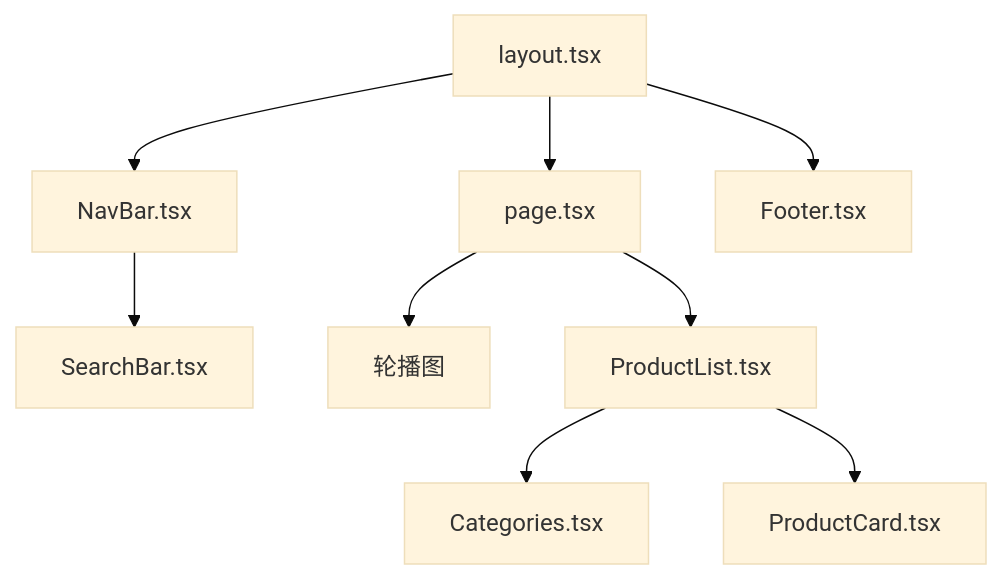
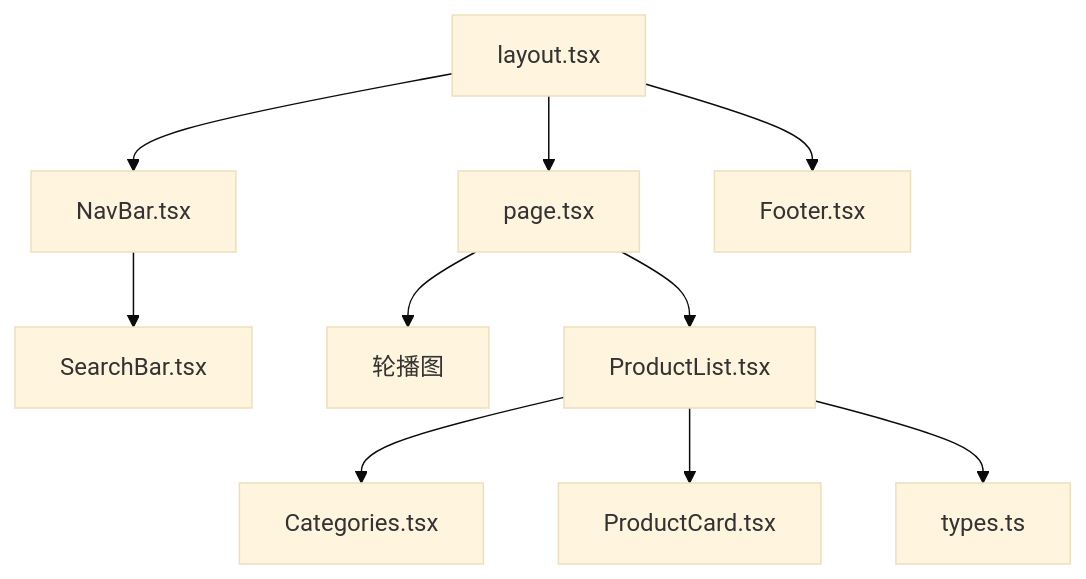
The diagram in source/_posts/Blender网站源码/流程图.md (wealipay/blog), drawn with Mermaid (base theme) before and after one commit. The commit also changed 2 other files, not shown here.

```diff
--- a/source/_posts/Blender网站源码/流程图.md
+++ b/source/_posts/Blender网站源码/流程图.md
@@ -10,19 +10,21 @@
 {% mermaid %}
 graph TD;
 layout.tsx-->NavBar.tsx;
 click layout.tsx "https://blog.wealipay.top/posts/layout.html";
 click NavBar.tsx "https://blog.wealipay.top/posts/navbar.html";
 NavBar.tsx-->SearchBar.tsx;
 click SearchBar.tsx "https://blog.wealipay.top/posts/searchbar.html";
 layout.tsx-->page.tsx;
 click page.tsx "https://blog.wealipay.top/posts/page.html";
 layout.tsx-->Footer.tsx;
 click Footer.tsx "https://blog.wealipay.top/posts/footer.html";
 page.tsx-->轮播图;
 page.tsx-->ProductList.tsx;
 click ProductList.tsx "https://blog.wealipay.top/posts/productlist.html";
 ProductList.tsx-->Categories.tsx;
 click Categories.tsx "https://blog.wealipay.top/posts/categories.html";
 ProductList.tsx-->ProductCard.tsx;
 click ProductCard.tsx "https://blog.wealipay.top/posts/productcard.html";
+ProductList.tsx-->types.ts;
+click types.ts "https://blog.wealipay.top/posts/types.html";
 {% endmermaid %}
```
